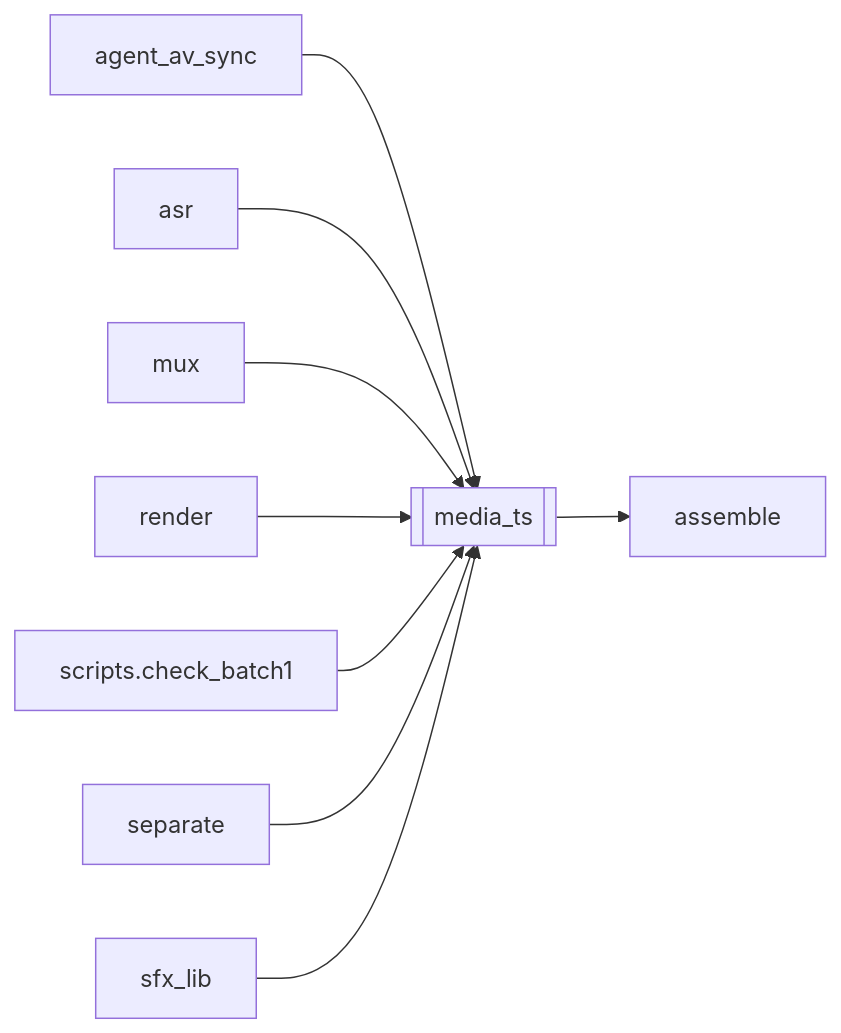
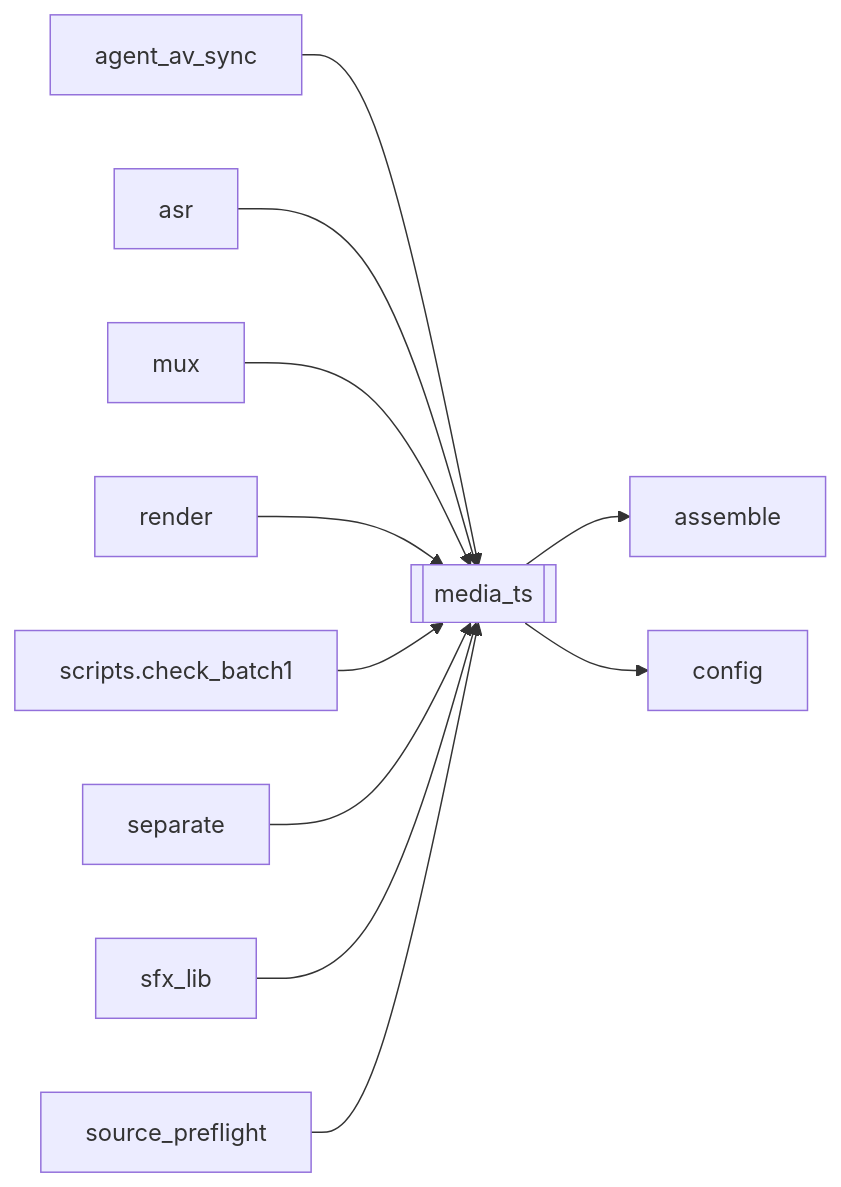
The diagram in docs/brain/modules/media_ts.md (kjza178/PineLineV4), drawn with Mermaid before and after one commit. The commit also changed other lines of this file and 200 other files, not shown here.

````diff
--- a/docs/brain/modules/media_ts.md
+++ b/docs/brain/modules/media_ts.md
@@ -17,12 +17,14 @@
 ```mermaid
 flowchart LR
   media_ts[[media_ts]]
   agent_av_sync[agent_av_sync] --> media_ts
   asr[asr] --> media_ts
   mux[mux] --> media_ts
   render[render] --> media_ts
   scripts_check_batch1[scripts.check_batch1] --> media_ts
   separate[separate] --> media_ts
   sfx_lib[sfx_lib] --> media_ts
+  source_preflight[source_preflight] --> media_ts
   media_ts --> assemble[assemble]
+  media_ts --> config[config]
 ```
````
